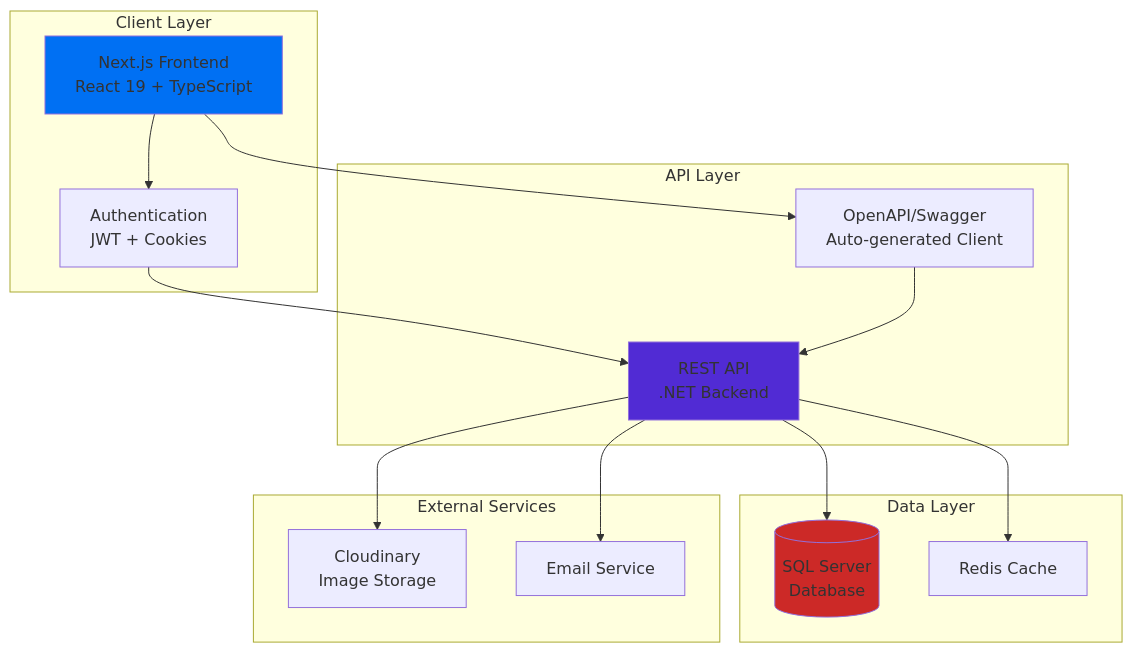
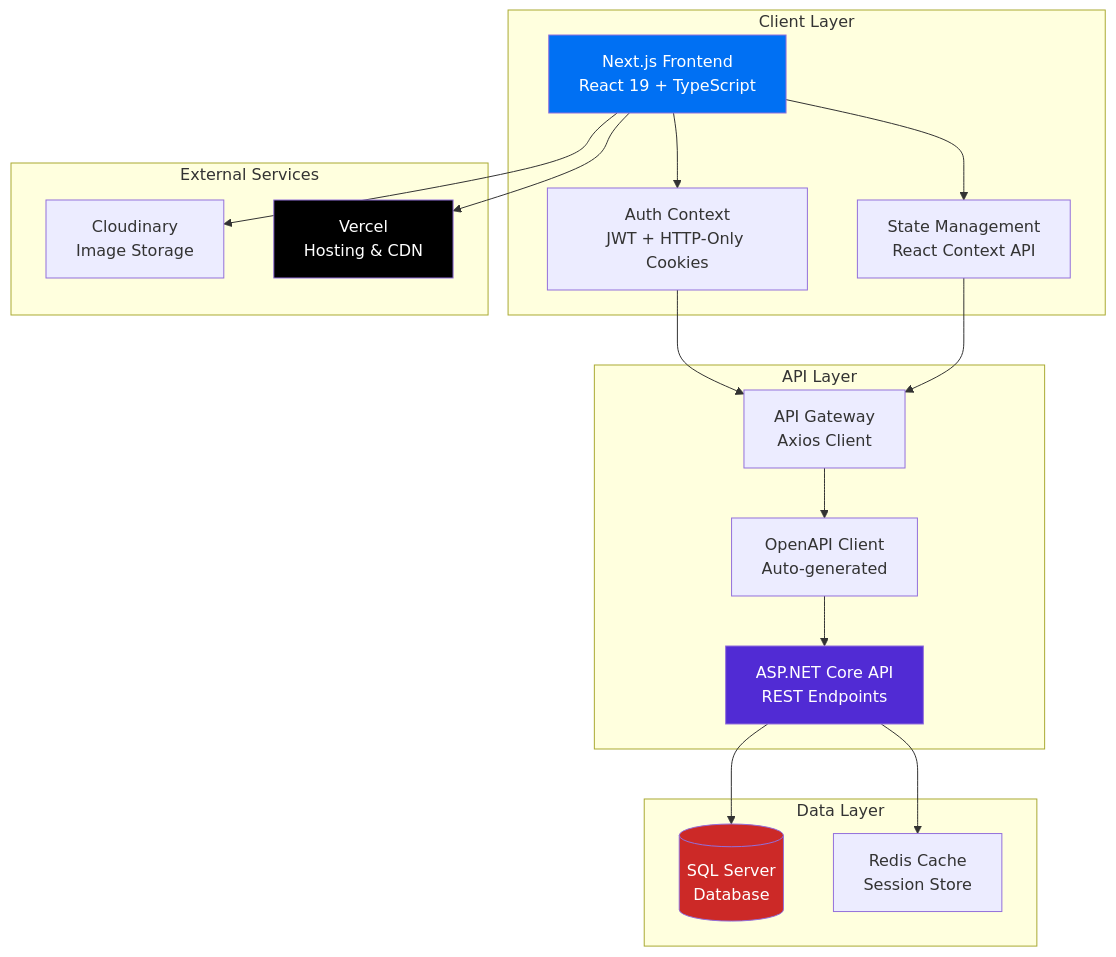
One commit to NguyenThanhTrung-N2T/VETFEED-MANAGEMENT-FE changed the first of 3 diagrams in README.md. Above: the diagram before and after it, drawn with Mermaid. The commit also changed other lines of this file and 2 other files, not shown here.

````diff
--- a/README.md
+++ b/README.md
@@ -88,35 +118,40 @@
 ```mermaid
 graph TB
     subgraph "Client Layer"
         UI[Next.js Frontend<br/>React 19 + TypeScript]
-        Auth[Authentication<br/>JWT + Cookies]
+        Auth[Auth Context<br/>JWT + HTTP-Only Cookies]
+        State[State Management<br/>React Context API]
     end
 
     subgraph "API Layer"
-        API[REST API<br/>.NET Backend]
-        Swagger[OpenAPI/Swagger<br/>Auto-generated Client]
+        Gateway[API Gateway<br/>Axios Client]
+        OpenAPI[OpenAPI Client<br/>Auto-generated]
+        Backend[ASP.NET Core API<br/>REST Endpoints]
     end
 
     subgraph "Data Layer"
         DB[(SQL Server<br/>Database)]
-        Cache[Redis Cache]
+        Cache[Redis Cache<br/>Session Store]
     end
 
     subgraph "External Services"
-        Cloud[Cloudinary<br/>Image Storage]
-        Email[Email Service]
+        CDN[Cloudinary<br/>Image Storage]
+        Deploy[Vercel<br/>Hosting & CDN]
     end
 
     UI --> Auth
-    Auth --> API
-    UI --> Swagger
-    Swagger --> API
-    API --> DB
-    API --> Cache
-    API --> Cloud
-    API --> Email
+    UI --> State
+    Auth --> Gateway
+    State --> Gateway
+    Gateway --> OpenAPI
+    OpenAPI --> Backend
+    Backend --> DB
+    Backend --> Cache
+    UI --> CDN
+    UI --> Deploy
 
-    style UI fill:#0070f3
-    style API fill:#512bd4
-    style DB fill:#cc2927
+    style UI fill:#0070f3,color:#fff
+    style Backend fill:#512bd4,color:#fff
+    style DB fill:#cc2927,color:#fff
+    style Deploy fill:#000,color:#fff
 ```
````
